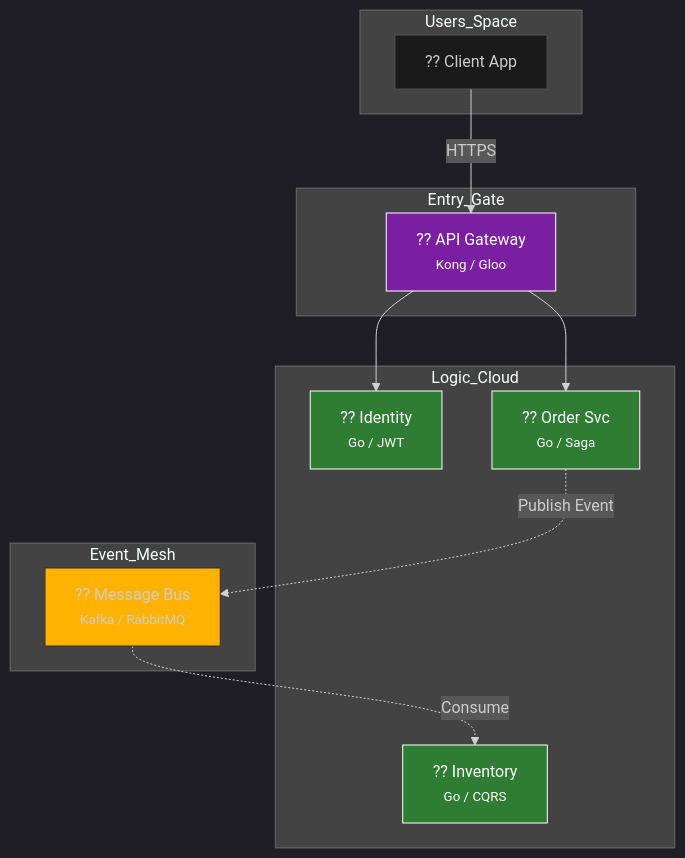
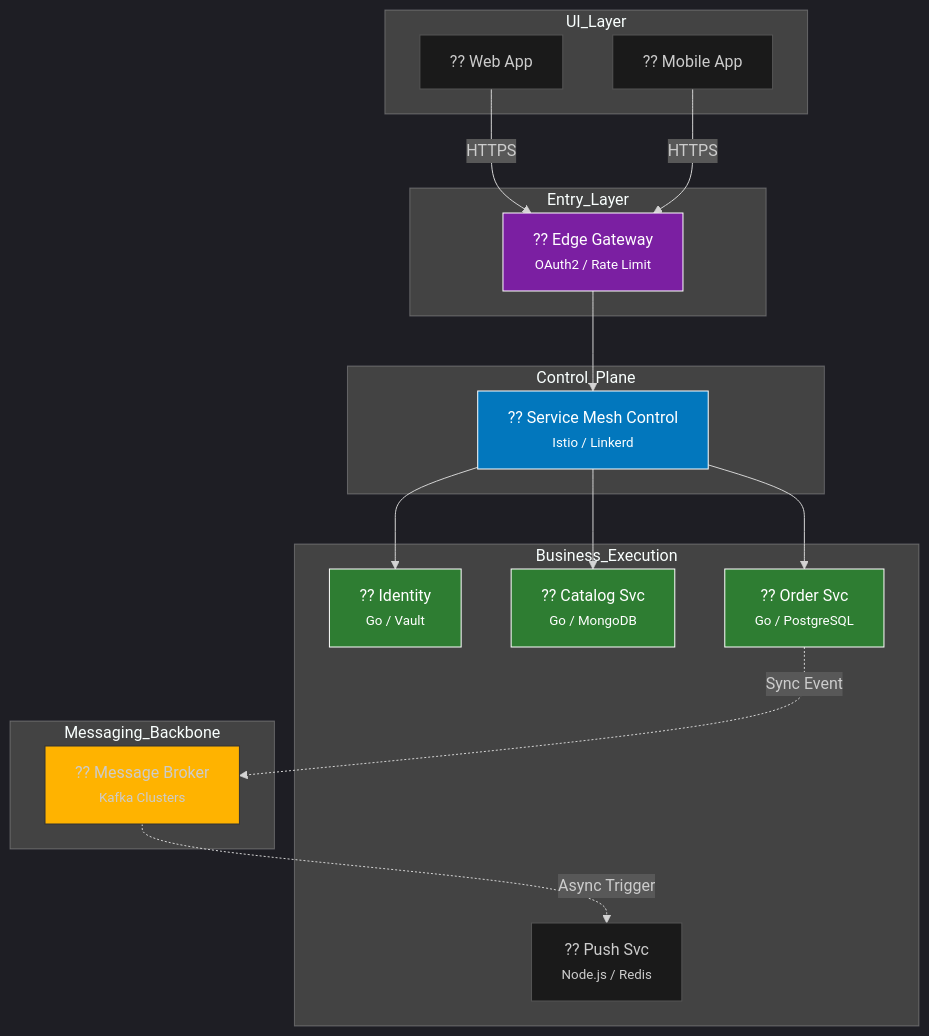
Before and after one commit to arch-yunus/microservices-101: the diagram in README.md, drawn with Mermaid. The commit also changed other lines of this file, not shown here.

Commit message:
docs: finalize ultimate master class README with advanced patterns, IaC and service mesh details

````diff
--- a/README.md
+++ b/README.md
@@ -83,33 +83,40 @@
 ```mermaid
 %%{init: {'theme': 'dark', 'themeVariables': { 'mainBkg': '#1a1a1a', 'nodeBorder': '#555' }}}%%
 graph TD
-    subgraph Users_Space
-        Client["?? Client App"]
+    subgraph UI_Layer
+        Web["?? Web App"]
+        Mobile["?? Mobile App"]
     end
 
-    subgraph Entry_Gate
-        Gateway["?? API Gateway <br/><small>Kong / Gloo</small>"]
+    subgraph Entry_Layer
+        Edge["?? Edge Gateway <br/><small>OAuth2 / Rate Limit</small>"]
     end
 
-    subgraph Logic_Cloud
-        Auth["?? Identity <br/><small>Go / JWT</small>"]
-        Order["?? Order Svc <br/><small>Go / Saga</small>"]
-        Stock["?? Inventory <br/><small>Go / CQRS</small>"]
+    subgraph Control_Plane
+        Mesh["?? Service Mesh Control <br/><small>Istio / Linkerd</small>"]
     end
 
-    subgraph Event_Mesh
-        Bus["?? Message Bus <br/><small>Kafka / RabbitMQ</small>"]
+    subgraph Business_Execution
+        Auth["?? Identity <br/><small>Go / Vault</small>"]
+        Catalog["?? Catalog Svc <br/><small>Go / MongoDB</small>"]
+        Order["?? Order Svc <br/><small>Go / PostgreSQL</small>"]
+        Notify["?? Push Svc <br/><small>Node.js / Redis</small>"]
     end
 
-    Client -->|HTTPS| Gateway
-    Gateway --> Auth
-    Gateway --> Order
-    Order -.->|Publish Event| Bus
-    Bus -.->|Consume| Stock
+    subgraph Messaging_Backbone
+        Kafka["?? Message Broker <br/><small>Kafka Clusters</small>"]
+    end
+
+    Web & Mobile -->|HTTPS| Edge
+    Edge --> Mesh
+    Mesh --> Auth & Catalog & Order
+    Order -.->|Sync Event| Kafka
+    Kafka -.->|Async Trigger| Notify
     
-    style Gateway fill:#7b1fa2,stroke:#fff,color:#fff
-    style Bus fill:#ffb300,stroke:#333
+    style Edge fill:#7b1fa2,stroke:#fff,color:#fff
+    style Kafka fill:#ffb300,stroke:#333
     style Auth fill:#2e7d32,stroke:#fff,color:#fff
     style Order fill:#2e7d32,stroke:#fff,color:#fff
-    style Stock fill:#2e7d32,stroke:#fff,color:#fff
+    style Catalog fill:#2e7d32,stroke:#fff,color:#fff
+    style Mesh fill:#0277bd,stroke:#fff,color:#fff
 ```
````
